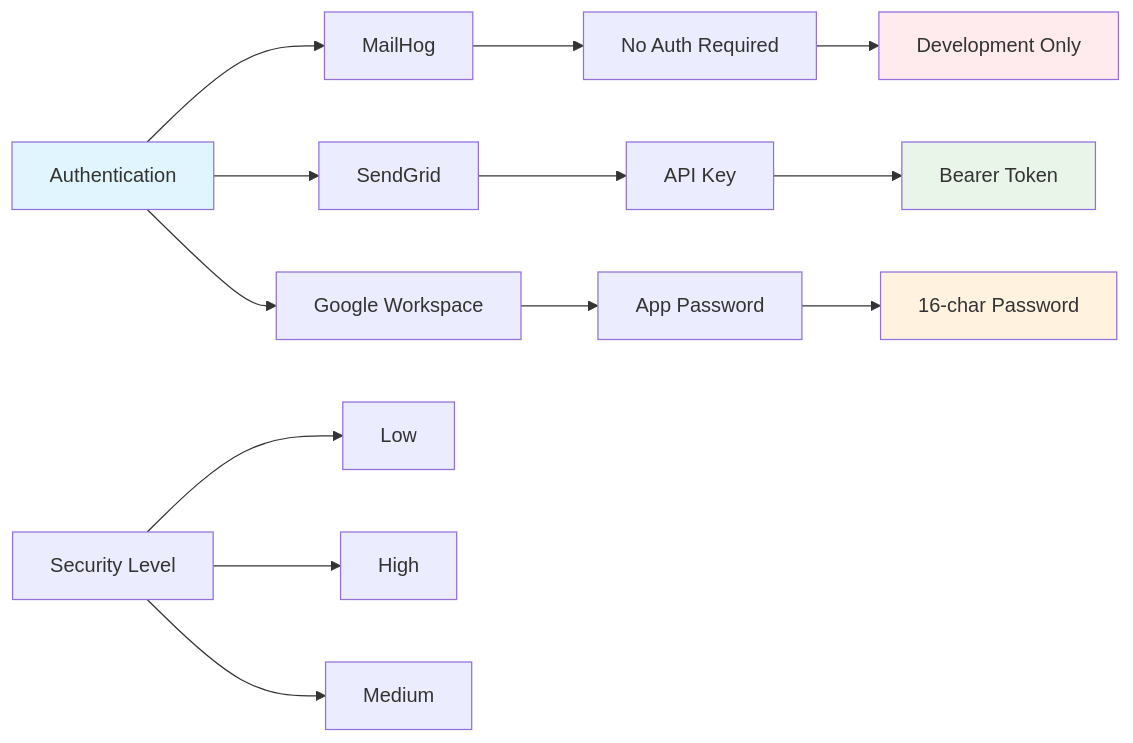
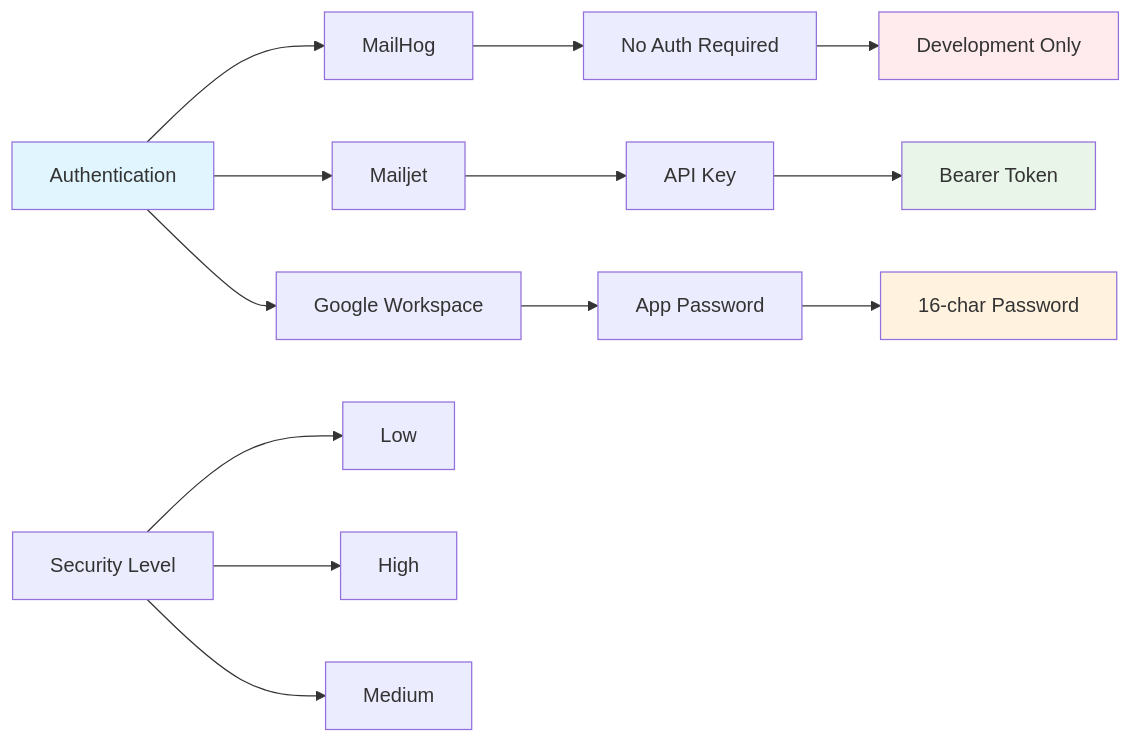
One commit to josephnguyen-macusaone/abc-dashboard changed diagram 14 of 15 in backend/docs/guides/email-service-overview.md. Above: the diagram before and after it, drawn with Mermaid. The commit also changed other lines of this file and 141 other files, not shown here.

````diff
--- a/backend/docs/guides/email-service-overview.md
+++ b/backend/docs/guides/email-service-overview.md
@@ -584,23 +498,23 @@
 ```mermaid
 graph LR
     A[Authentication] --> B[MailHog]
-    A --> C[SendGrid]
+    A --> C[Mailjet]
     A --> D[Google Workspace]
 
     B --> E[No Auth Required]
     C --> F[API Key]
     D --> G[App Password]
 
     E --> H[Development Only]
     F --> I[Bearer Token]
     G --> J[16-char Password]
 
     K[Security Level] --> L[Low]
     K --> M[High]
     K --> N[Medium]
 
     style A fill:#e1f5fe
     style H fill:#ffebee
     style I fill:#e8f5e8
     style J fill:#fff3e0
 ```
````
